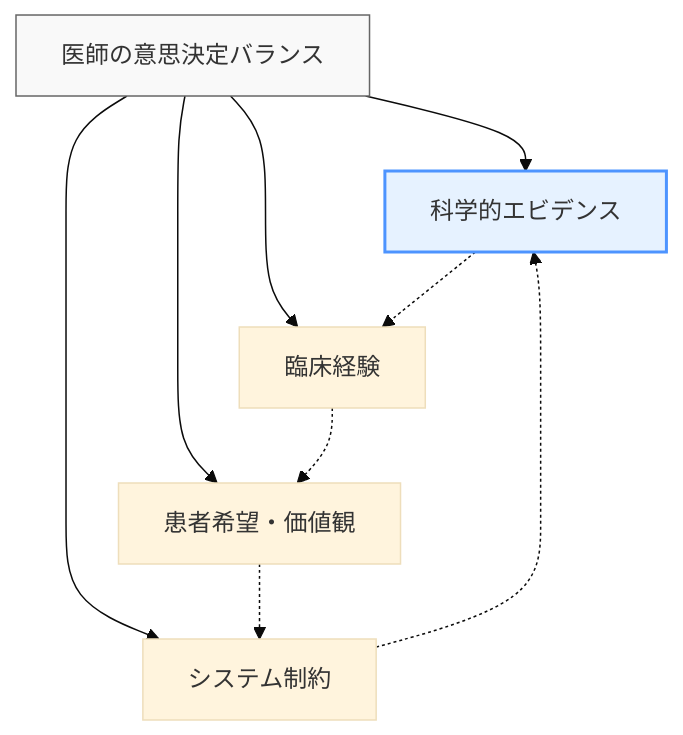
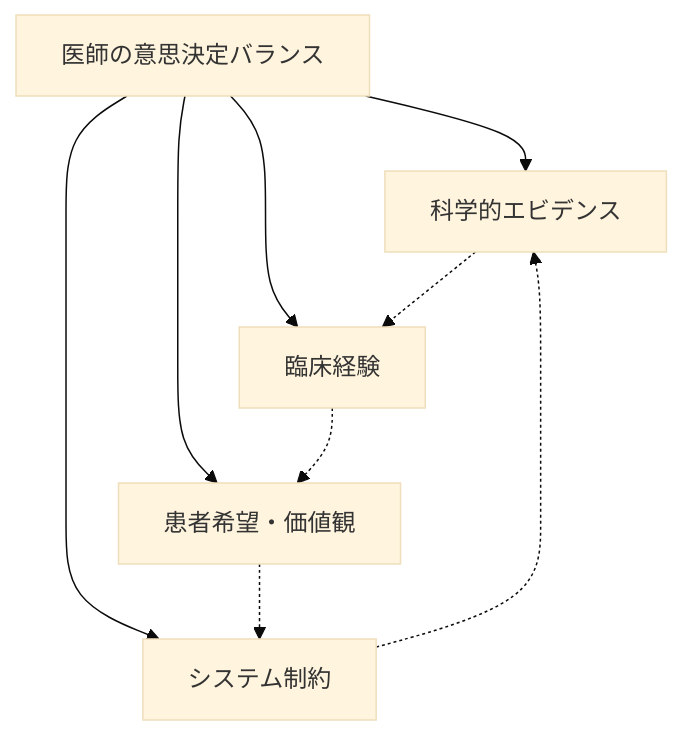
One commit to shuji-bonji/Situational-Awareness-and-Decision-Making changed the fifth of 11 diagrams in docs/applications/medical-dm.md. Above: the diagram before and after it, drawn with Mermaid (base theme). The commit also changed other lines of this file and 49 other files, not shown here.

Commit message:
fix: ダークモードで見づらい図の色の変更

````diff
--- a/docs/applications/medical-dm.md
+++ b/docs/applications/medical-dm.md
@@ -185,15 +185,15 @@
     ```mermaid
     graph TD
         A[医師の意思決定バランス] --> B[科学的エビデンス]
         A --> C[臨床経験]
         A --> D[患者希望・価値観]
         A --> E[システム制約]
         
         B -.-> C
         C -.-> D
         D -.-> E
         E -.-> B
         
-        style A fill:#f9f9f9,stroke:#666
-        style B fill:#e6f2ff,stroke:#4d94ff,stroke-width:2px
+    
+    
     ```
````
